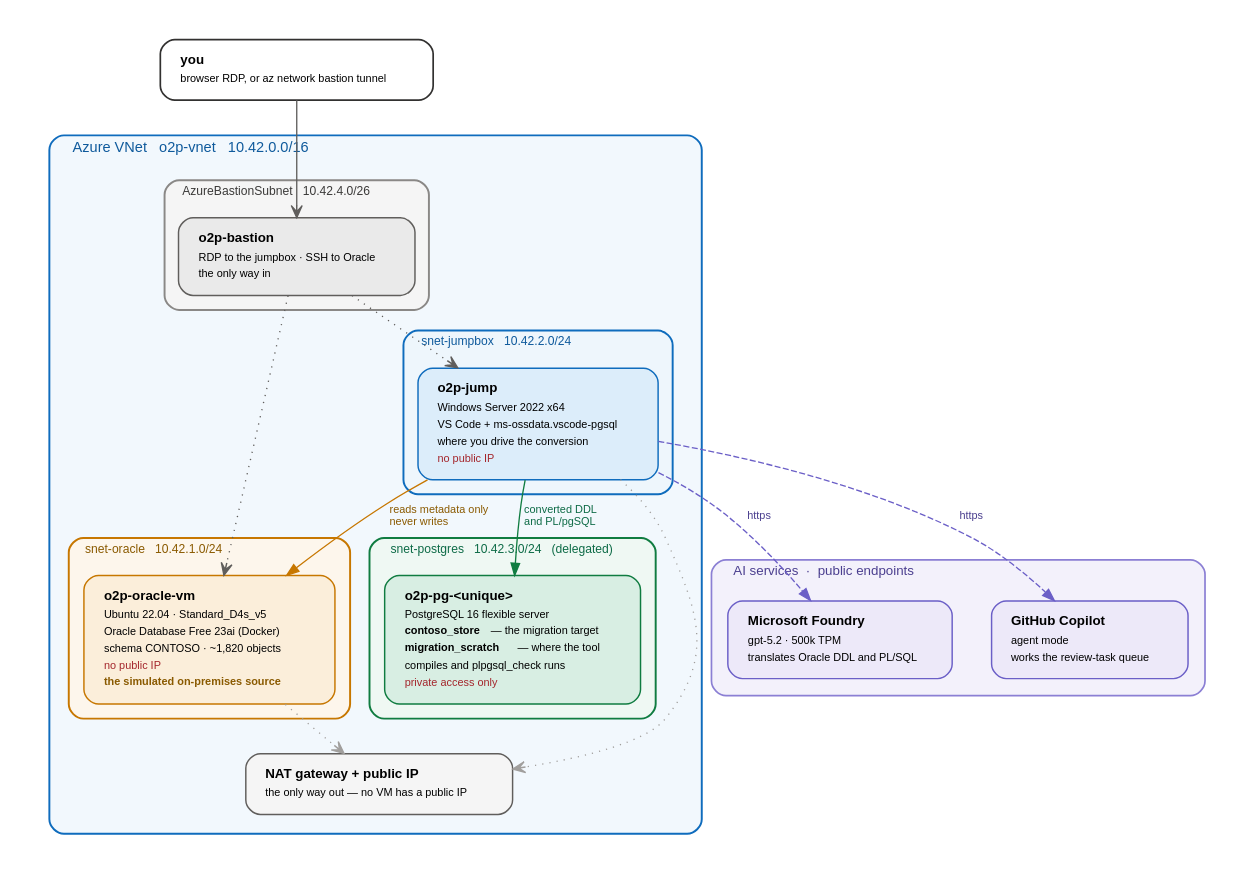
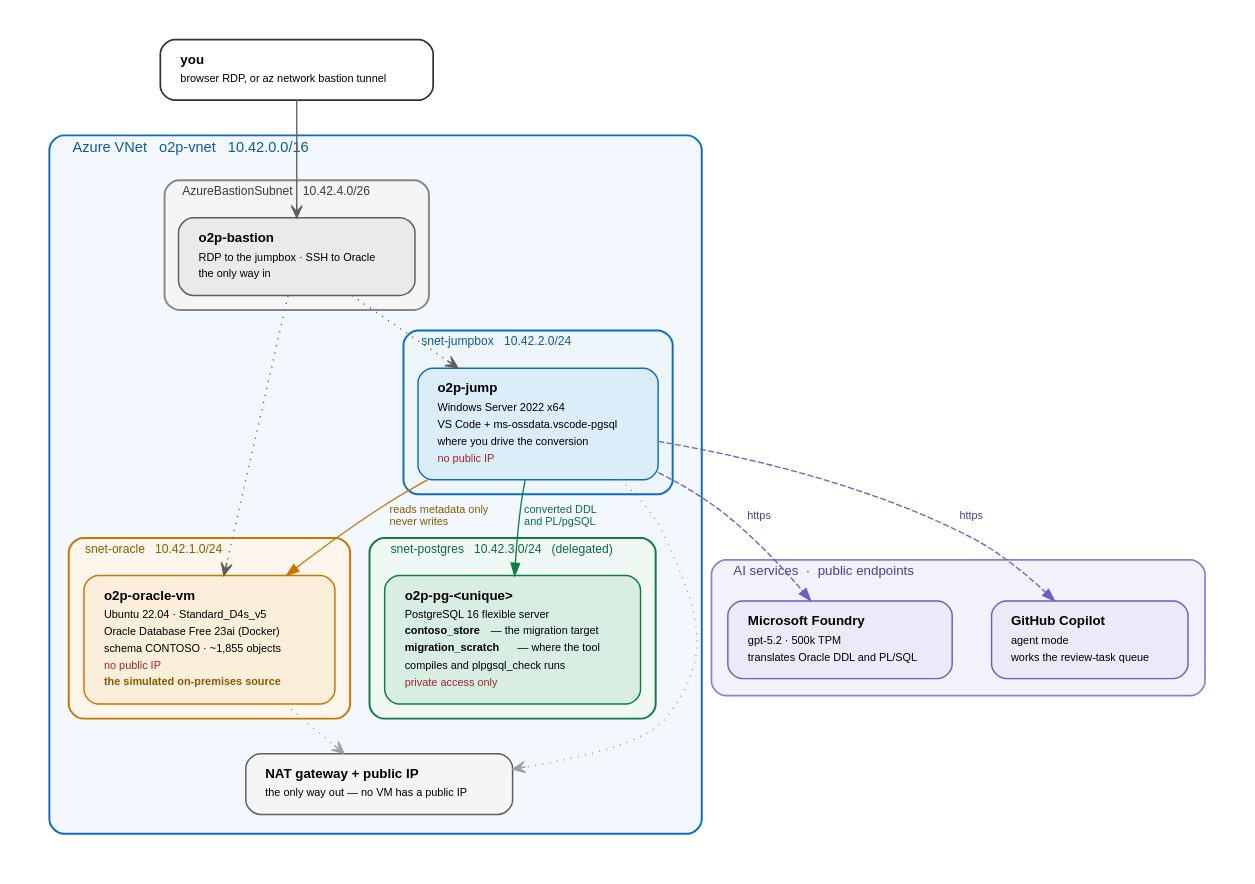
The diagram in docs/images/architecture.dot (kloba/oracle-to-postgres-migration-lab), drawn with Graphviz before and after one commit. The commit also changed 19 other files, not shown here.

```diff
--- a/docs/images/architecture.dot
+++ b/docs/images/architecture.dot
@@ -1,172 +1,172 @@
 // Architecture diagram for the Contoso Store Oracle -> Azure PostgreSQL lab.
 //
 // Rendered to architecture.png by docs/images/render.sh. Edit THIS file, never
 // the .png. Regenerate with:  ./docs/images/render.sh
 //
 // Kept as Graphviz rather than a drawing so the names stay exact: every box
 // here is a real resource name, subnet prefix or extension id that appears in
 // infra/main.bicep and .env.example, and a diagram that drifts from those is
 // worse than no diagram.
 
 digraph contoso_lab {
   bgcolor    = "white";
   fontname   = "Helvetica";
   rankdir    = TB;
   nodesep    = 0.45;
   ranksep    = 0.55;
   compound   = true;
   pad        = 0.35;
 
   node [shape=box style="rounded,filled" fontname="Helvetica" fontsize=11
         color="#8A8886" fillcolor="#FFFFFF" penwidth=1.2 margin="0.20,0.14"];
   edge [fontname="Helvetica" fontsize=9 color="#605E5C" penwidth=1.1];
 
   // ---------------------------------------------------------------- AI tier
   subgraph cluster_ai {
     label     = "AI services  ·  public endpoints";
     labeljust = "l";
     fontsize  = 11;
     fontcolor = "#4B3F8F";
     style     = "rounded,filled";
     fillcolor = "#F3F1FB";
     color     = "#8B7FD4";
     penwidth  = 1.4;
     margin    = 14;
 
     foundry [fillcolor="#EDE9F9" color="#6B5FC7" label=<
       <table border="0" cellborder="0" cellspacing="0">
         <tr><td align="left"><b>Microsoft Foundry</b></td></tr>
         <tr><td align="left"><font point-size="9">gpt-5.2 · 500k TPM</font></td></tr>
         <tr><td align="left"><font point-size="9">translates Oracle DDL and PL/SQL</font></td></tr>
       </table>>];
 
     copilot [fillcolor="#EDE9F9" color="#6B5FC7" label=<
       <table border="0" cellborder="0" cellspacing="0">
         <tr><td align="left"><b>GitHub Copilot</b></td></tr>
         <tr><td align="left"><font point-size="9">agent mode</font></td></tr>
         <tr><td align="left"><font point-size="9">works the review-task queue</font></td></tr>
       </table>>];
   }
 
   // ------------------------------------------------------------------- VNet
   subgraph cluster_vnet {
     label     = "Azure VNet   o2p-vnet   10.42.0.0/16";
     labeljust = "l";
     fontsize  = 12;
     fontcolor = "#0F5A9C";
     style     = "rounded,filled";
     fillcolor = "#F2F8FD";
     color     = "#0F6CBD";
     penwidth  = 1.6;
     margin    = 16;
 
     // -- source ------------------------------------------------------------
     subgraph cluster_snet_oracle {
       label     = "snet-oracle   10.42.1.0/24";
       labeljust = "l";
       fontsize  = 10;
       fontcolor = "#8A5A00";
       style     = "rounded,filled";
       fillcolor = "#FDF6EC";
       color     = "#C77700";
       margin    = 12;
 
       oraclevm [fillcolor="#FBEEDA" color="#C77700" label=<
         <table border="0" cellborder="0" cellspacing="0">
           <tr><td align="left"><b>o2p-oracle-vm</b></td></tr>
           <tr><td align="left"><font point-size="9">Ubuntu 22.04 · Standard_D4s_v5</font></td></tr>
           <tr><td align="left"><font point-size="9">Oracle Database Free 23ai (Docker)</font></td></tr>
-          <tr><td align="left"><font point-size="9">schema CONTOSO · ~1,820 objects</font></td></tr>
+          <tr><td align="left"><font point-size="9">schema CONTOSO · ~1,855 objects</font></td></tr>
           <tr><td align="left"><font point-size="9" color="#A4262C">no public IP</font></td></tr>
           <tr><td align="left"><font point-size="9" color="#8A5A00"><b>the simulated on-premises source</b></font></td></tr>
         </table>>];
     }
 
     // -- workstation -------------------------------------------------------
     subgraph cluster_snet_jump {
       label     = "snet-jumpbox   10.42.2.0/24";
       labeljust = "l";
       fontsize  = 10;
       fontcolor = "#0F5A9C";
       style     = "rounded,filled";
       fillcolor = "#EEF6FC";
       color     = "#0F6CBD";
       margin    = 12;
 
       jumpbox [fillcolor="#DCEDFA" color="#0F6CBD" label=<
         <table border="0" cellborder="0" cellspacing="0">
           <tr><td align="left"><b>o2p-jump</b></td></tr>
           <tr><td align="left"><font point-size="9">Windows Server 2022 x64</font></td></tr>
           <tr><td align="left"><font point-size="9">VS Code + ms-ossdata.vscode-pgsql</font></td></tr>
           <tr><td align="left"><font point-size="9">where you drive the conversion</font></td></tr>
           <tr><td align="left"><font point-size="9" color="#A4262C">no public IP</font></td></tr>
         </table>>];
     }
 
     // -- target ------------------------------------------------------------
     subgraph cluster_snet_pg {
       label     = "snet-postgres   10.42.3.0/24   (delegated)";
       labeljust = "l";
       fontsize  = 10;
       fontcolor = "#0E6B47";
       style     = "rounded,filled";
       fillcolor = "#EFF8F3";
       color     = "#107C41";
       margin    = 12;
 
       postgres [fillcolor="#D8EEE3" color="#107C41" label=<
         <table border="0" cellborder="0" cellspacing="0">
           <tr><td align="left"><b>o2p-pg-&lt;unique&gt;</b></td></tr>
           <tr><td align="left"><font point-size="9">PostgreSQL 16 flexible server</font></td></tr>
           <tr><td align="left"><font point-size="9"><b>contoso_store</b> — the migration target</font></td></tr>
           <tr><td align="left"><font point-size="9"><b>migration_scratch</b> — where the tool</font></td></tr>
           <tr><td align="left"><font point-size="9">compiles and plpgsql_check runs</font></td></tr>
           <tr><td align="left"><font point-size="9" color="#A4262C">private access only</font></td></tr>
         </table>>];
     }
 
     // -- edge of the network ----------------------------------------------
     subgraph cluster_snet_bastion {
       label     = "AzureBastionSubnet   10.42.4.0/26";
       labeljust = "l";
       fontsize  = 10;
       fontcolor = "#3B3A39";
       style     = "rounded,filled";
       fillcolor = "#F5F5F5";
       color     = "#8A8886";
       margin    = 12;
 
       bastion [fillcolor="#EAEAEA" color="#605E5C" label=<
         <table border="0" cellborder="0" cellspacing="0">
           <tr><td align="left"><b>o2p-bastion</b></td></tr>
           <tr><td align="left"><font point-size="9">RDP to the jumpbox · SSH to Oracle</font></td></tr>
           <tr><td align="left"><font point-size="9">the only way in</font></td></tr>
         </table>>];
     }
 
     nat [fillcolor="#F5F5F5" color="#605E5C" label=<
       <table border="0" cellborder="0" cellspacing="0">
         <tr><td align="left"><b>NAT gateway + public IP</b></td></tr>
         <tr><td align="left"><font point-size="9">the only way out — no VM has a public IP</font></td></tr>
       </table>>];
   }
 
   you [shape=box style="rounded,filled" fillcolor="#FFFFFF" color="#323130" penwidth=1.4 label=<
     <table border="0" cellborder="0" cellspacing="0">
       <tr><td align="left"><b>you</b></td></tr>
       <tr><td align="left"><font point-size="9">browser RDP, or az network bastion tunnel</font></td></tr>
     </table>>];
 
   // ------------------------------------------------------------------ flows
   jumpbox -> oraclevm [label="  reads metadata only\l  never writes\l" color="#C77700" fontcolor="#8A5A00"];
   jumpbox -> postgres [label="  converted DDL\l  and PL/pgSQL\l" color="#107C41" fontcolor="#0E6B47"];
   jumpbox -> foundry  [label="  https  " color="#6B5FC7" fontcolor="#4B3F8F" style=dashed];
   jumpbox -> copilot  [label="  https  " color="#6B5FC7" fontcolor="#4B3F8F" style=dashed];
 
   bastion -> jumpbox  [style=dotted arrowhead=vee];
   bastion -> oraclevm [style=dotted arrowhead=vee];
   you     -> bastion  [arrowhead=vee];
 
   oraclevm -> nat [style=dotted arrowhead=vee color="#A19F9D"];
   jumpbox  -> nat [style=dotted arrowhead=vee color="#A19F9D"];
 }
```
